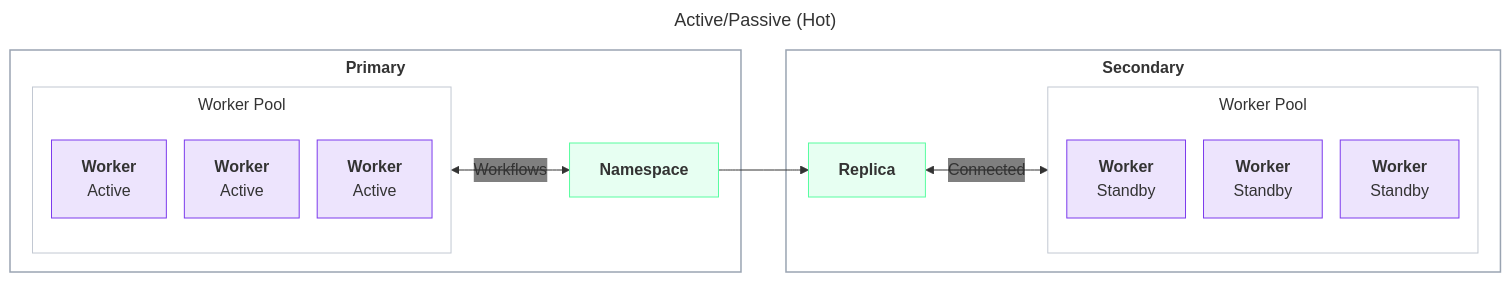
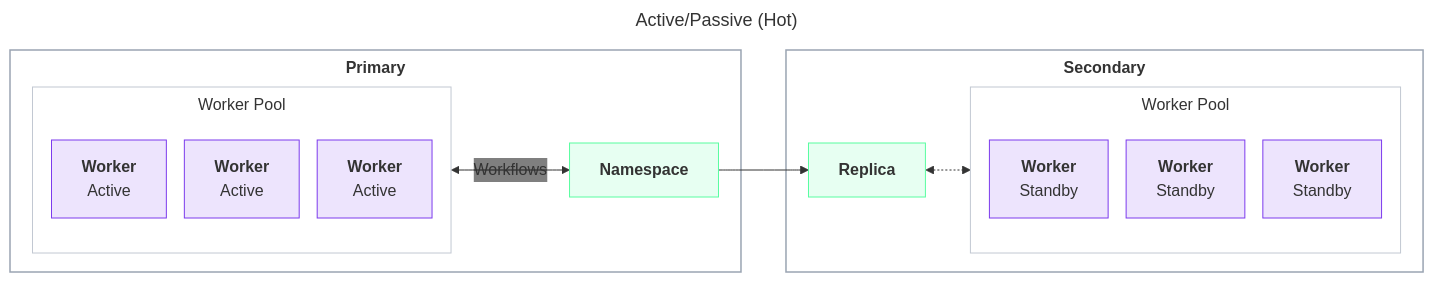
Before and after one commit to temporalio/documentation: the third of 23 diagrams in docs/cloud/high-availability/architecture-patterns.mdx, drawn with Mermaid. The commit also changed other lines of this file, not shown here.

````diff
--- a/docs/cloud/high-availability/architecture-patterns.mdx
+++ b/docs/cloud/high-availability/architecture-patterns.mdx
@@ -132,32 +132,32 @@
 ```mermaid
 ---
 title: Active/Passive (Hot)
 ---
 %%{init: {'themeVariables':{'fontFamily':'Inter, ui-sans-serif, system-ui, sans-serif','edgeLabelBackground':'transparent'},'flowchart':{'nodeSpacing':18,'rankSpacing':45,'curve':'basis','subGraphTitleMargin':{'top':6,'bottom':12}}}}%%
 flowchart LR
     classDef worker fill:#7C3AED22,stroke:#7C3AED,stroke-width:1px;
     classDef ns fill:#59FDA024,stroke:#59FDA0,stroke-width:1px;
     classDef region fill:transparent,stroke:#9aa4b2,stroke-width:1.5px;
     classDef pool fill:transparent,stroke:#c2c8d2,stroke-width:1px;
     subgraph IHPRIM["<b>Primary</b>"]
       subgraph IHWP["Worker Pool"]
         IHW1["<b>Worker</b><br/>Active"]:::worker
         IHW2["<b>Worker</b><br/>Active"]:::worker
         IHW3["<b>Worker</b><br/>Active"]:::worker
       end
       IHNS["<b>Namespace</b>"]:::ns
       IHWP <-->|Workflows| IHNS
     end
     subgraph IHSEC["<b>Secondary</b>"]
       IHR["<b>Replica</b>"]:::ns
       subgraph IHWP2["Worker Pool"]
         IHS1["<b>Worker</b><br/>Standby"]:::worker
         IHS2["<b>Worker</b><br/>Standby"]:::worker
         IHS3["<b>Worker</b><br/>Standby"]:::worker
       end
-      IHR <-->|"Connected"| IHWP2
+      IHR <-.-> IHWP2
     end
     IHNS --> IHR
     class IHPRIM,IHSEC region
     class IHWP,IHWP2 pool
 ```
````
